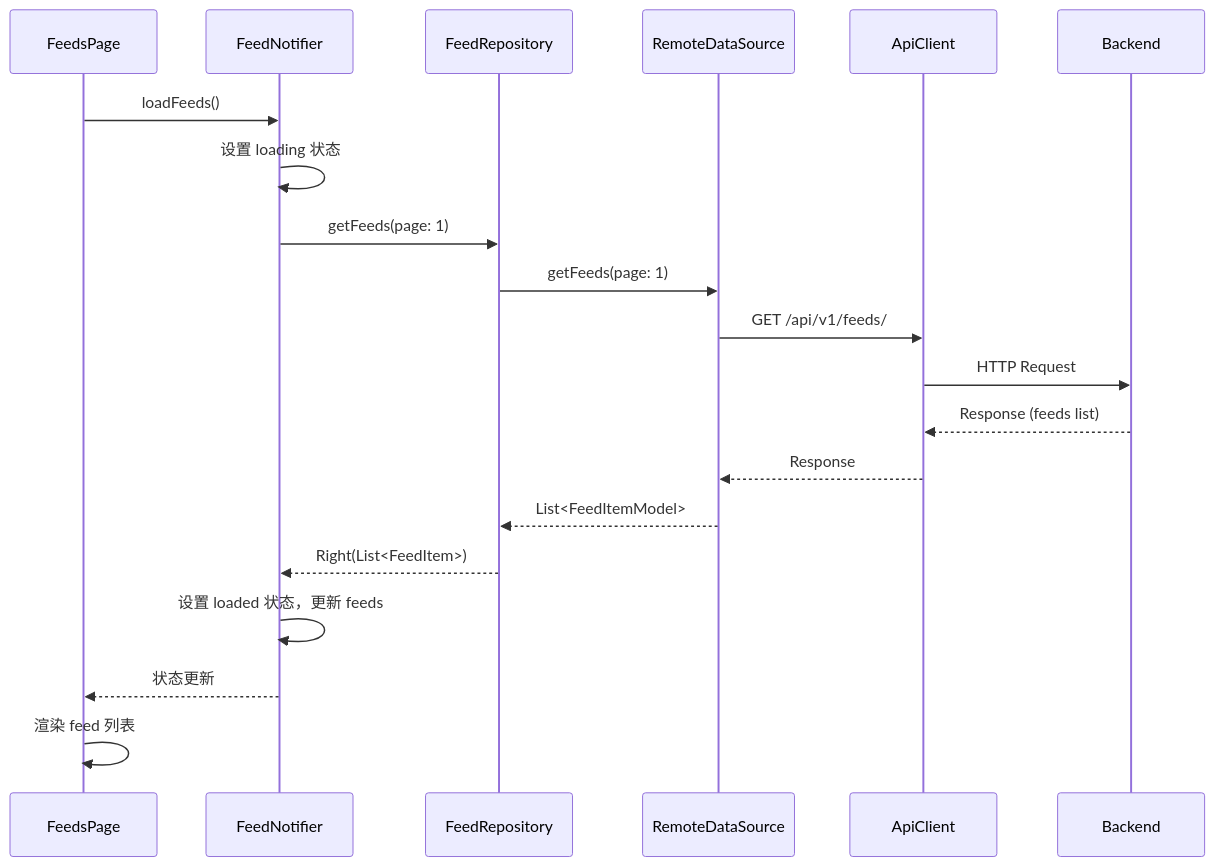
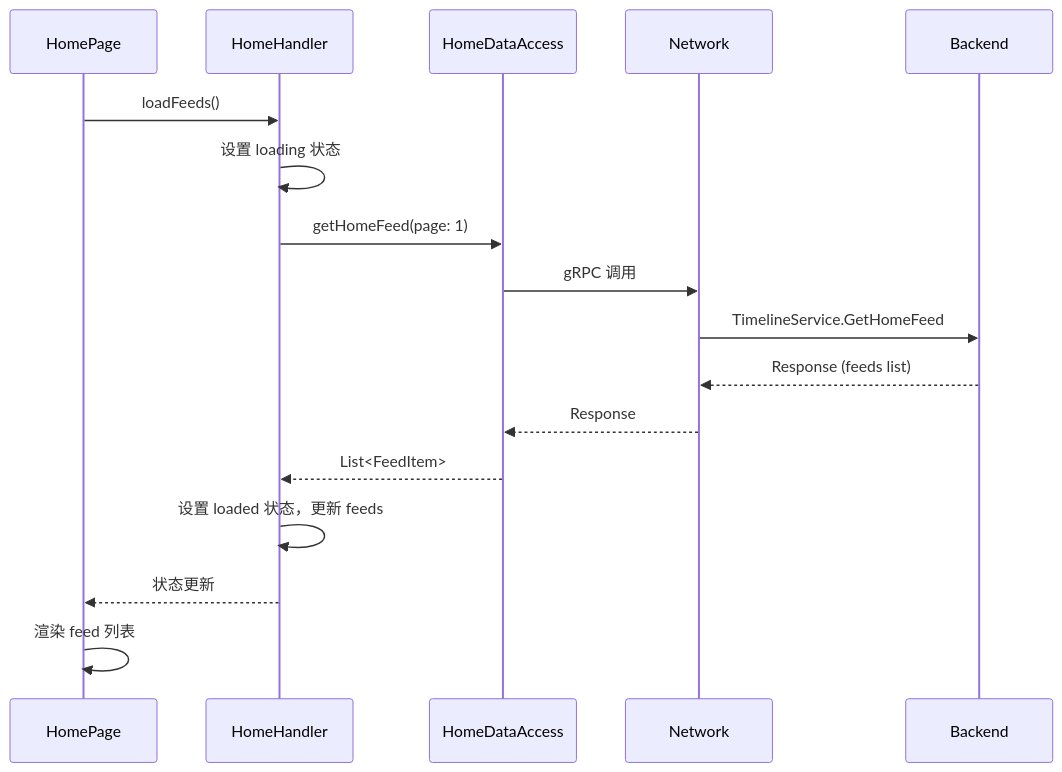
The third of 6 diagrams in client/mobile_flutter/docs/architecture_flow.md (funcdfs/lesser), drawn with Mermaid before and after one commit. The commit also changed other lines of this file and 243 other files, not shown here.

````diff
--- a/client/mobile_flutter/docs/architecture_flow.md
+++ b/client/mobile_flutter/docs/architecture_flow.md
@@ -91,23 +86,20 @@
 ```mermaid
 sequenceDiagram
-    participant P as FeedsPage
-    participant N as FeedNotifier
-    participant R as FeedRepository
-    participant RDS as RemoteDataSource
-    participant API as ApiClient
+    participant P as HomePage
+    participant H as HomeHandler
+    participant DA as HomeDataAccess
+    participant N as Network
     participant BE as Backend
 
-    P->>N: loadFeeds()
-    N->>N: 设置 loading 状态
-    N->>R: getFeeds(page: 1)
-    R->>RDS: getFeeds(page: 1)
-    RDS->>API: GET /api/v1/feeds/
-    API->>BE: HTTP Request
-    BE-->>API: Response (feeds list)
-    API-->>RDS: Response
-    RDS-->>R: List<FeedItemModel>
-    R-->>N: Right(List<FeedItem>)
-    N->>N: 设置 loaded 状态，更新 feeds
-    N-->>P: 状态更新
+    P->>H: loadFeeds()
+    H->>H: 设置 loading 状态
+    H->>DA: getHomeFeed(page: 1)
+    DA->>N: gRPC 调用
+    N->>BE: TimelineService.GetHomeFeed
+    BE-->>N: Response (feeds list)
+    N-->>DA: Response
+    DA-->>H: List<FeedItem>
+    H->>H: 设置 loaded 状态，更新 feeds
+    H-->>P: 状态更新
     P->>P: 渲染 feed 列表
 ```
````
